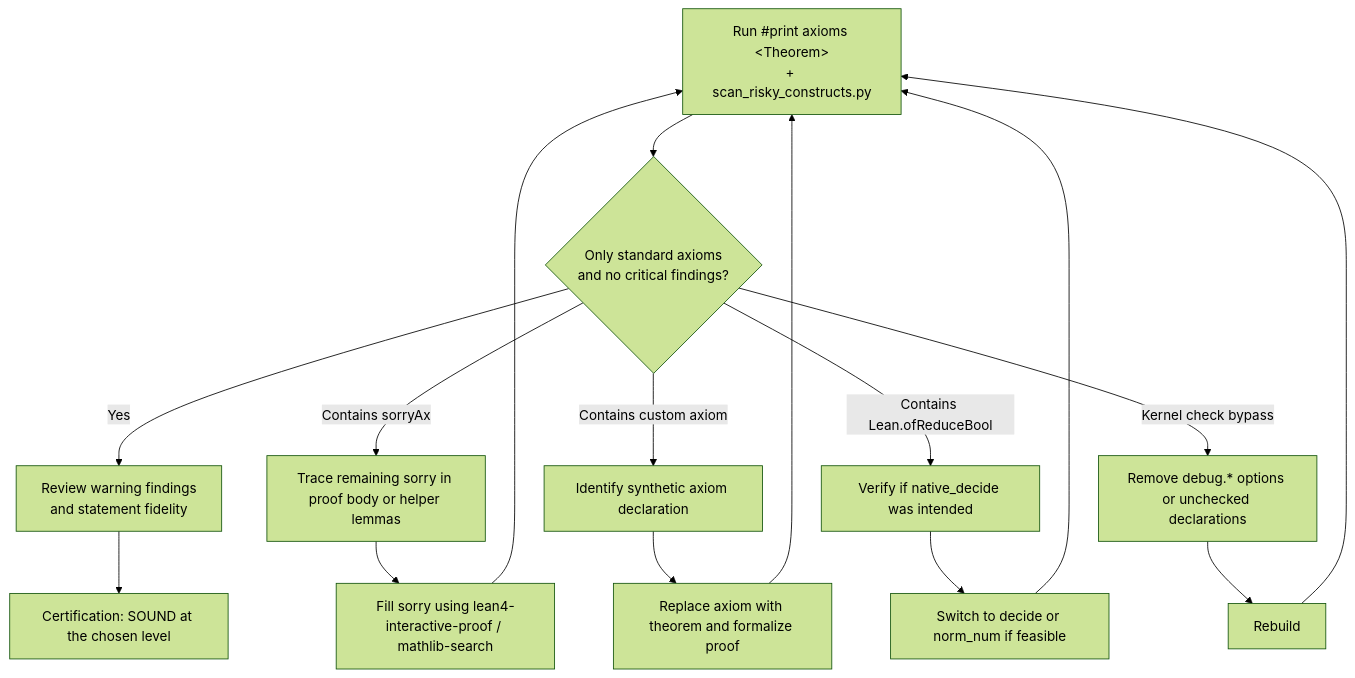
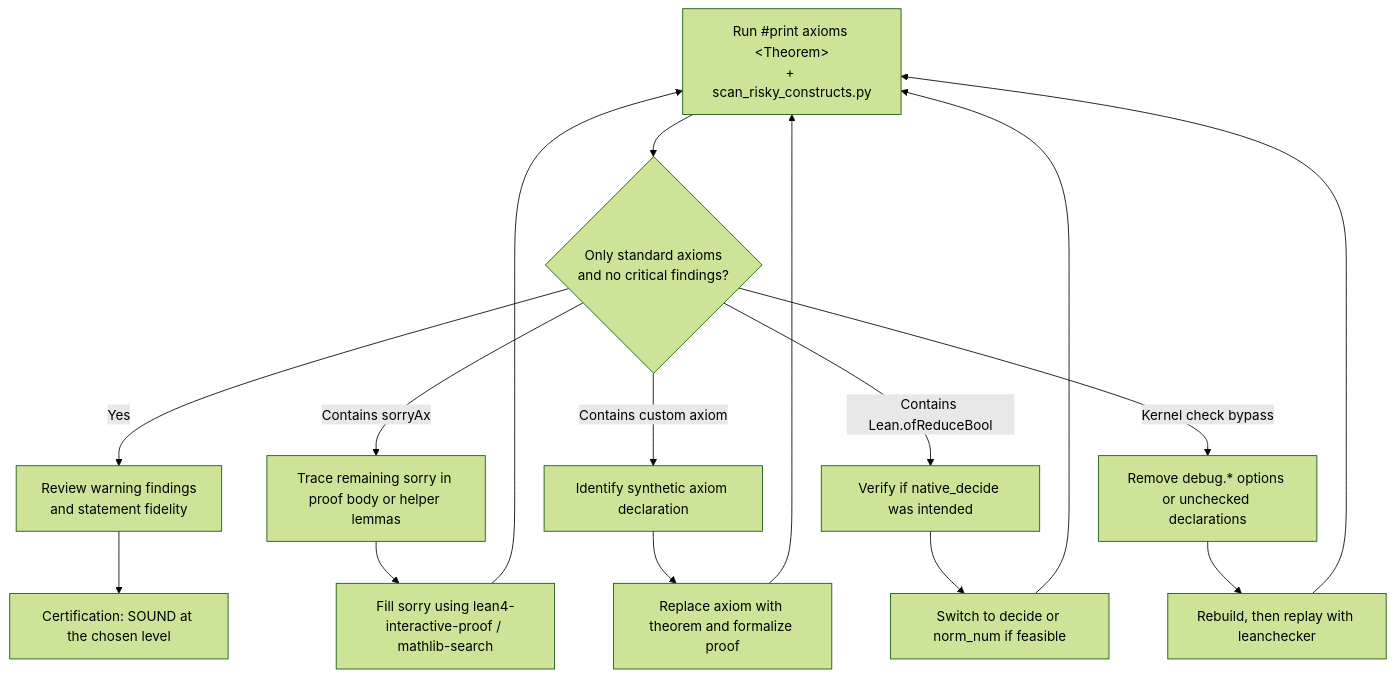
One commit to MI-1222/lean4-skills changed the diagram in skills/lean4-cli/references/soundness_and_axiom_audit.md. Above: the diagram before and after it, drawn with Mermaid (forest theme). The commit also changed other lines of this file and 1 other file, not shown here.

Commit message:
feat(cli): `leanchecker`によるカーネルでの再検査

````diff
--- a/skills/lean4-cli/references/soundness_and_axiom_audit.md
+++ b/skills/lean4-cli/references/soundness_and_axiom_audit.md
@@ -309,20 +332,20 @@
 ```mermaid
 graph TD
     Audit["Run #print axioms &lt;Theorem&gt;<br/>+ scan_risky_constructs.py"] --> Check{"Only standard axioms<br/>and no critical findings?"}
     Check -- "Yes" --> Review["Review warning findings<br/>and statement fidelity"]
     Review --> Sound["Certification: SOUND at the chosen level"]
     Check -- "Contains sorryAx" --> Sorry["Trace remaining sorry in proof body or helper lemmas"]
     Check -- "Contains custom axiom" --> Custom["Identify synthetic axiom declaration"]
     Check -- "Contains Lean.ofReduceBool" --> Native["Verify if native_decide was intended"]
     Check -- "Kernel check bypass" --> Bypass["Remove debug.* options or unchecked declarations"]
 
     Sorry --> Repair["Fill sorry using lean4-interactive-proof / mathlib-search"]
     Custom --> Inline["Replace axiom with theorem and formalize proof"]
     Native --> Kernel["Switch to decide or norm_num if feasible"]
-    Bypass --> Replay["Rebuild"]
+    Bypass --> Replay["Rebuild, then replay with leanchecker"]
 
     Repair --> Audit
     Inline --> Audit
     Kernel --> Audit
     Replay --> Audit
 ```
````
